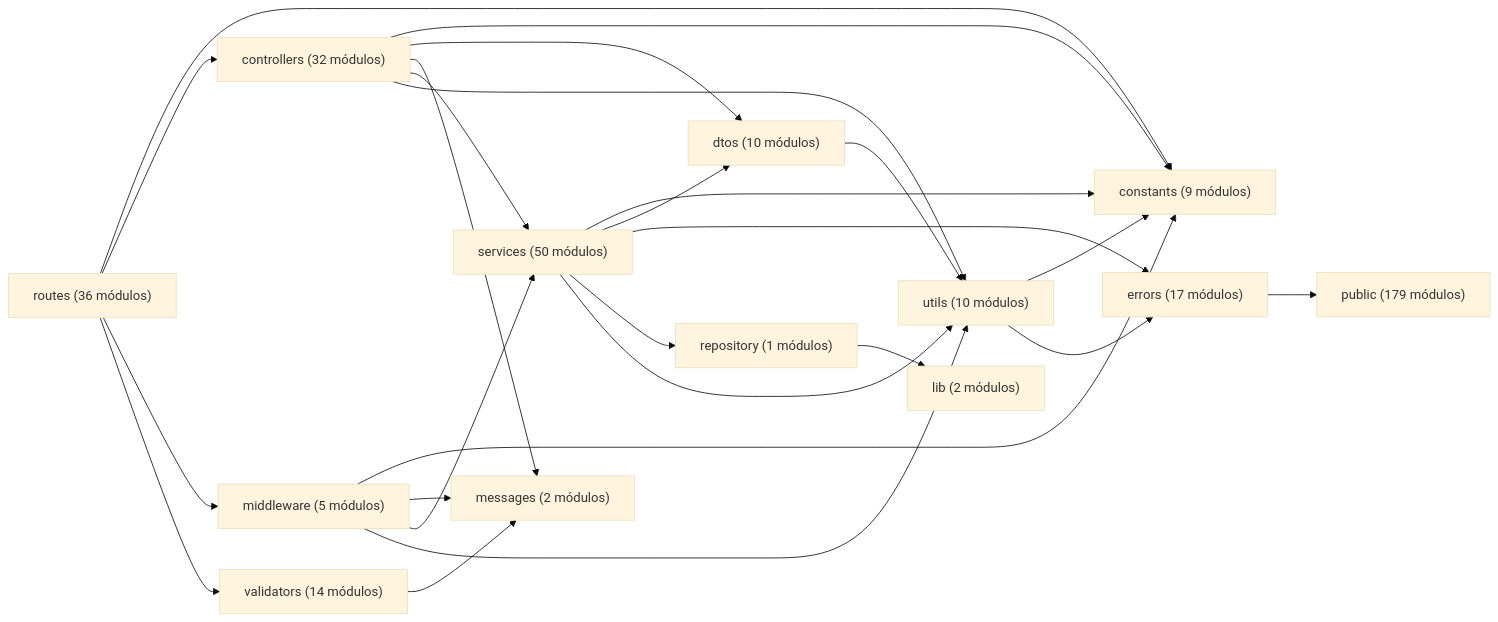
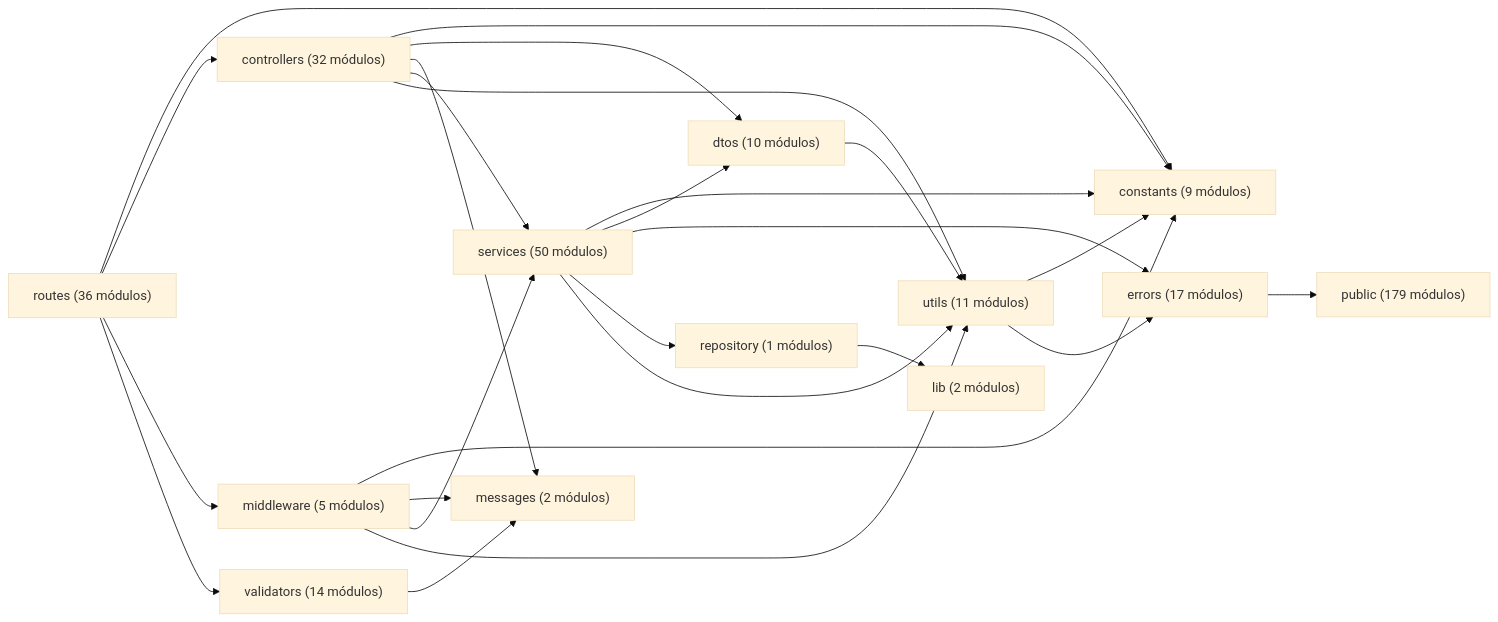
Before and after one commit to gpgsistemas01/nexus: the diagram in docs/generated/code-map.md, drawn with Mermaid (base theme). The commit also changed 16 other files, not shown here.

Commit message:
fix helper ownership and architecture docs

````diff
--- a/docs/generated/code-map.md
+++ b/docs/generated/code-map.md
@@ -15,27 +15,27 @@
 ```mermaid
 flowchart LR
     controllers["controllers (32 módulos)"] --> constants["constants (9 módulos)"]
     controllers["controllers (32 módulos)"] --> dtos["dtos (10 módulos)"]
     controllers["controllers (32 módulos)"] --> messages["messages (2 módulos)"]
     controllers["controllers (32 módulos)"] --> services["services (50 módulos)"]
-    controllers["controllers (32 módulos)"] --> utils["utils (10 módulos)"]
-    dtos["dtos (10 módulos)"] --> utils["utils (10 módulos)"]
+    controllers["controllers (32 módulos)"] --> utils["utils (11 módulos)"]
+    dtos["dtos (10 módulos)"] --> utils["utils (11 módulos)"]
     errors["errors (17 módulos)"] --> public["public (179 módulos)"]
     middleware["middleware (5 módulos)"] --> constants["constants (9 módulos)"]
     middleware["middleware (5 módulos)"] --> messages["messages (2 módulos)"]
     middleware["middleware (5 módulos)"] --> services["services (50 módulos)"]
-    middleware["middleware (5 módulos)"] --> utils["utils (10 módulos)"]
+    middleware["middleware (5 módulos)"] --> utils["utils (11 módulos)"]
     repository["repository (1 módulos)"] --> lib["lib (2 módulos)"]
     routes["routes (36 módulos)"] --> constants["constants (9 módulos)"]
     routes["routes (36 módulos)"] --> controllers["controllers (32 módulos)"]
     routes["routes (36 módulos)"] --> middleware["middleware (5 módulos)"]
     routes["routes (36 módulos)"] --> validators["validators (14 módulos)"]
     services["services (50 módulos)"] --> constants["constants (9 módulos)"]
     services["services (50 módulos)"] --> dtos["dtos (10 módulos)"]
     services["services (50 módulos)"] --> errors["errors (17 módulos)"]
     services["services (50 módulos)"] --> repository["repository (1 módulos)"]
-    services["services (50 módulos)"] --> utils["utils (10 módulos)"]
-    utils["utils (10 módulos)"] --> constants["constants (9 módulos)"]
-    utils["utils (10 módulos)"] --> errors["errors (17 módulos)"]
+    services["services (50 módulos)"] --> utils["utils (11 módulos)"]
+    utils["utils (11 módulos)"] --> constants["constants (9 módulos)"]
+    utils["utils (11 módulos)"] --> errors["errors (17 módulos)"]
     validators["validators (14 módulos)"] --> messages["messages (2 módulos)"]
 ```
````
